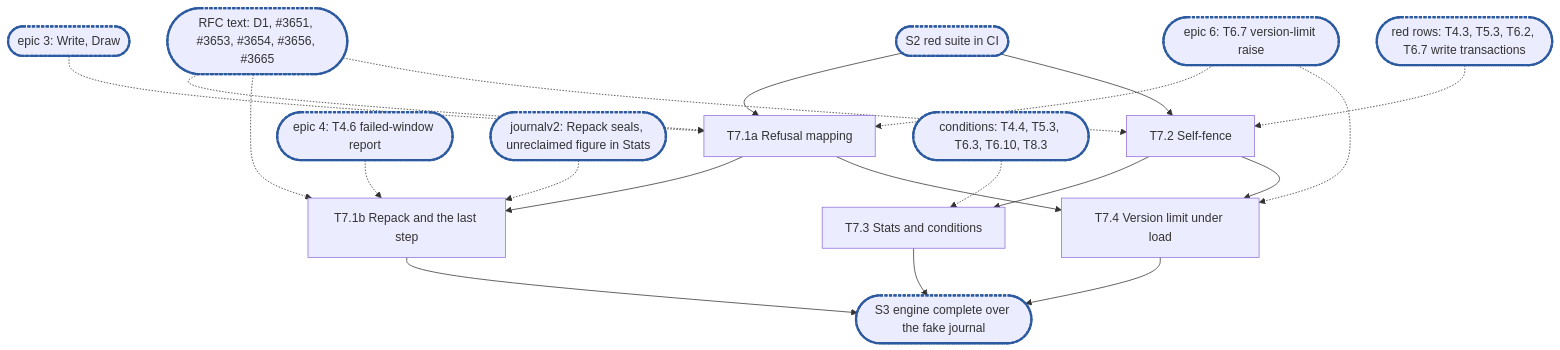
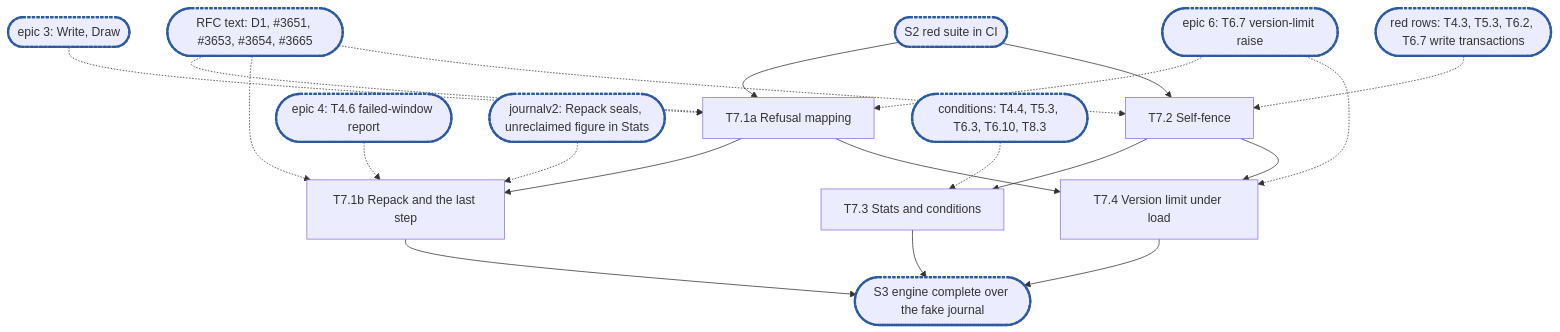
The diagram in docs/internals/planning/rfc-8-engine-epic7.md (marmos91/dittofs), drawn with Mermaid before and after one commit. The commit also changed other lines of this file, not shown here.

````diff
--- a/docs/internals/planning/rfc-8-engine-epic7.md
+++ b/docs/internals/planning/rfc-8-engine-epic7.md
@@ -611,17 +611,17 @@
 ```mermaid
 flowchart TD
   S2(["S2 red suite in CI"]):::sync --> T7_1a["T7.1a Refusal mapping"]
   ep3(["epic 3: Write, Draw"]):::sync -.-> T7_1a
   ep6(["epic 6: T6.7 version-limit raise"]):::sync -.-> T7_1a & T7_4
   T7_1a --> T7_1b["T7.1b Repack and the last step"]
   ep4(["epic 4: T4.6 failed-window report"]):::sync -.-> T7_1b
   J(["journalv2: Repack seals, unreclaimed figure in Stats"]):::sync -.-> T7_1b
-  rfc(["RFC text: D1, #3651, #3653, #3654, #3656, #3665"]):::sync -.-> T7_1a & T7_1b & T7_2
+  rfc(["RFC text: D1, #3651, #3653, #3654, #3665"]):::sync -.-> T7_1a & T7_1b & T7_2
   S2 --> T7_2["T7.2 Self-fence"]
   tx(["red rows: T4.3, T5.3, T6.2, T6.7 write transactions"]):::sync -.-> T7_2
   T7_2 --> T7_3["T7.3 Stats and conditions"]
   cond(["conditions: T4.4, T5.3, T6.3, T6.10, T8.3"]):::sync -.-> T7_3
   T7_2 & T7_1a --> T7_4["T7.4 Version limit under load"]
   T7_1b & T7_3 & T7_4 --> S3(["S3 engine complete over the fake journal"]):::sync
   classDef sync stroke:#2c5aa0,stroke-width:3px,stroke-dasharray:4 2
 ```
````
